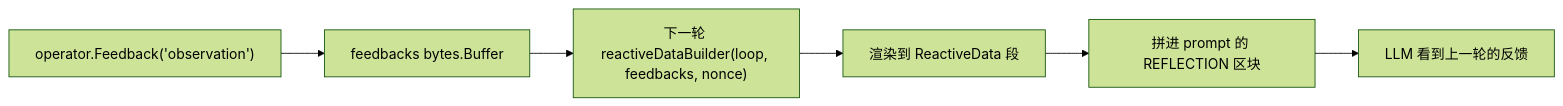
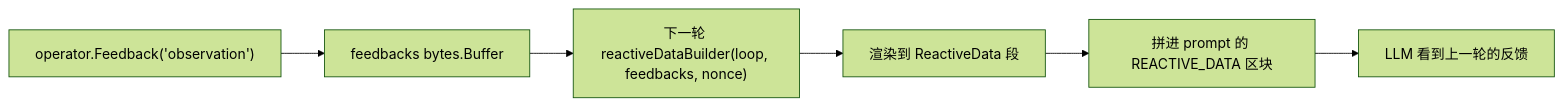
Before and after one commit to yaklang/yaklang: the fourth of 4 diagrams in common/ai/aid/aireact/reactloops/docs/01-architecture.md, drawn with Mermaid (forest theme). The commit also changed other lines of this file and 144 other files, not shown here.

````diff
--- a/common/ai/aid/aireact/reactloops/docs/01-architecture.md
+++ b/common/ai/aid/aireact/reactloops/docs/01-architecture.md
@@ -299,8 +289,8 @@
 ```mermaid
 flowchart LR
     A["operator.Feedback('observation')"] --> B["feedbacks bytes.Buffer"]
     B --> C["下一轮 reactiveDataBuilder(loop, feedbacks, nonce)"]
     C --> D["渲染到 ReactiveData 段"]
-    D --> E["拼进 prompt 的 REFLECTION 区块"]
+    D --> E["拼进 prompt 的 REACTIVE_DATA 区块"]
     E --> F["LLM 看到上一轮的反馈"]
 ```
````
